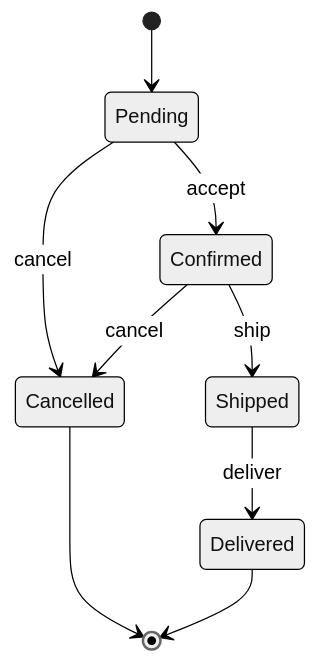
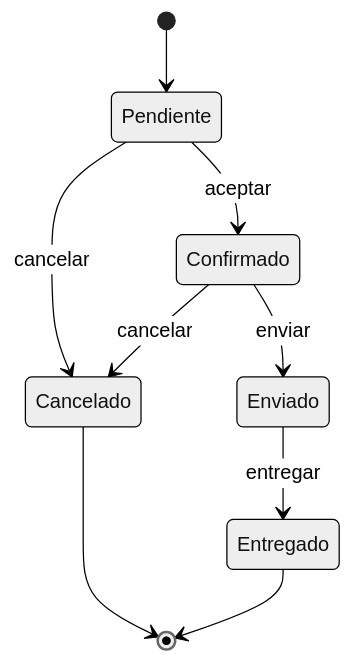
Before and after one commit to Francisco-Beltran-Millalen/AI-Assistend-workflows: the fourth of 4 diagrams in workflow/stages/phase-0/04-teacher.md, drawn with Mermaid (neutral theme). The commit also changed other lines of this file and 70 other files, not shown here.

````diff
--- a/workflow/stages/phase-0/04-teacher.md
+++ b/workflow/stages/phase-0/04-teacher.md
@@ -326,11 +312,11 @@
 ```mermaid
 stateDiagram-v2
-    [*] --> Pending
-    Pending --> Confirmed: accept
-    Pending --> Cancelled: cancel
-    Confirmed --> Shipped: ship
-    Confirmed --> Cancelled: cancel
-    Shipped --> Delivered: deliver
-    Cancelled --> [*]
-    Delivered --> [*]
+    [*] --> Pendiente
+    Pendiente --> Confirmado: aceptar
+    Pendiente --> Cancelado: cancelar
+    Confirmado --> Enviado: enviar
+    Confirmado --> Cancelado: cancelar
+    Enviado --> Entregado: entregar
+    Cancelado --> [*]
+    Entregado --> [*]
 ```
````
